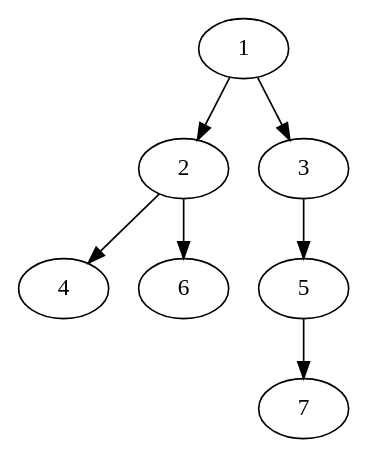
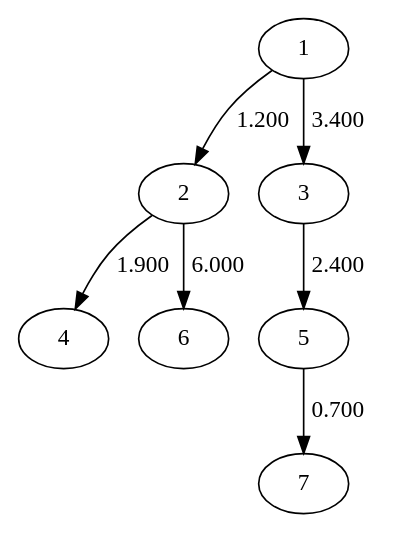
The diagram in Dothitrongso/Graph.dot (vutuankiet4599/github-toanroirac), drawn with Graphviz before and after one commit. The commit also changed 5 other files, not shown here.

```diff
--- a/Dothitrongso/Graph.dot
+++ b/Dothitrongso/Graph.dot
@@ -1,8 +1,8 @@
 digraph g{
-1 -> 2
-1 -> 3
-2 -> 4
-2 -> 6
-3 -> 5
-5 -> 7
+1 -> 2 [label = "1.200", weight = "1.200"];
+1 -> 3 [label = "3.400", weight = "3.400"];
+2 -> 4 [label = "1.900", weight = "1.900"];
+2 -> 6 [label = "6.000", weight = "6.000"];
+3 -> 5 [label = "2.400", weight = "2.400"];
+5 -> 7 [label = "0.700", weight = "0.700"];
 }
```
